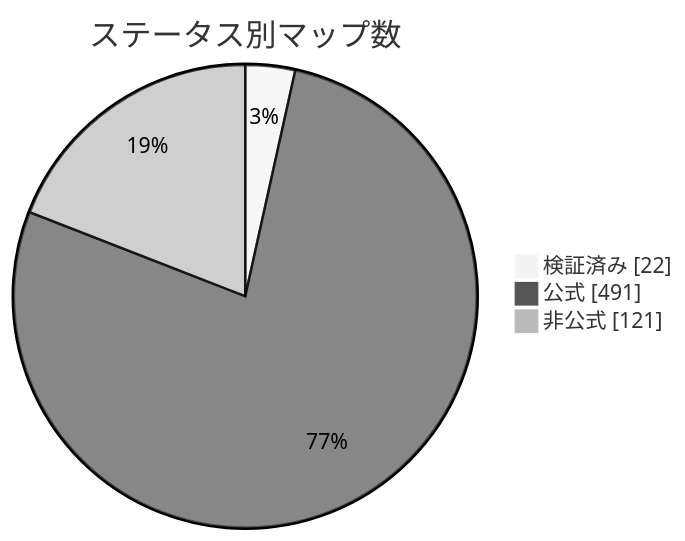
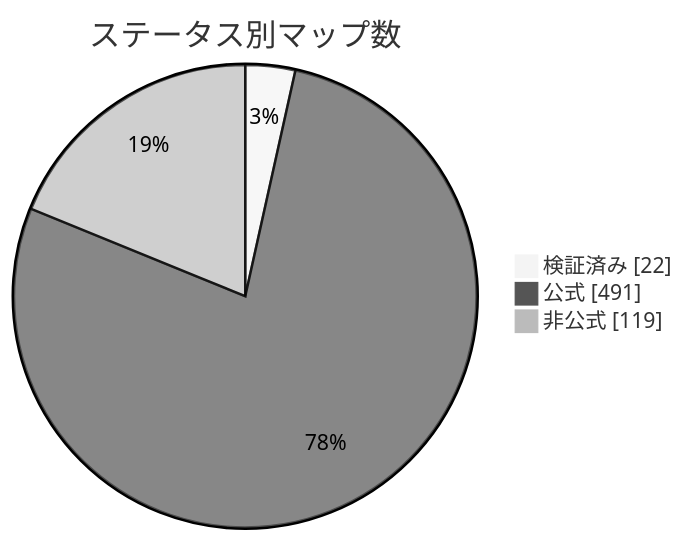
One commit to nobrega8/mbmap-library changed the diagram in docs/readme/README_JP.md. Above: the diagram before and after it, drawn with Mermaid (neutral theme). The commit also changed 9 other files, not shown here.

````diff
--- a/docs/readme/README_JP.md
+++ b/docs/readme/README_JP.md
@@ -54,7 +54,7 @@
 ```mermaid
 pie showData
     title ステータス別マップ数
     "検証済み" : 22
     "公式" : 491
-    "非公式" : 121
+    "非公式" : 119
 ```
````
